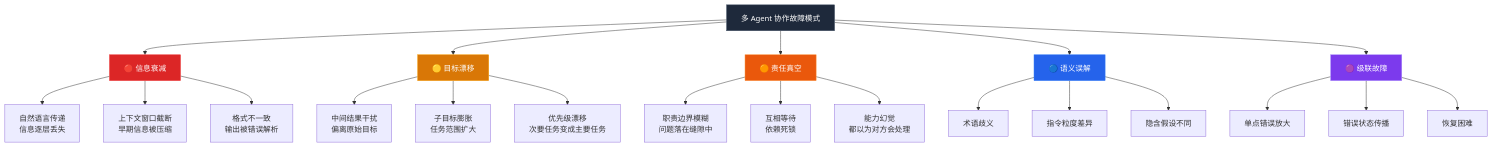
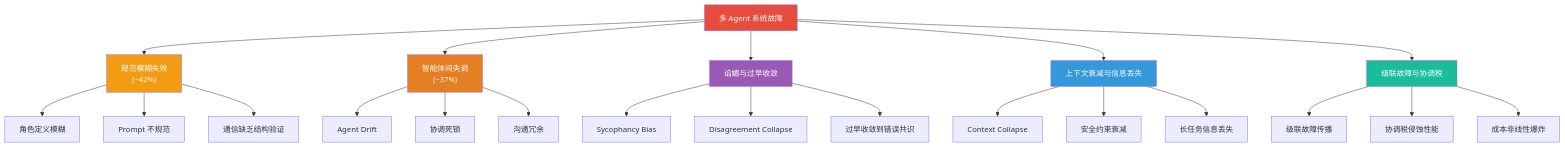
The first of 2 diagrams in reports/multi-agent-failure-modes.md (wqwz111/Tech-Researcher), drawn with Mermaid before and after one commit. The commit also changed other lines of this file and 4 other files, not shown here.

First line of the commit message:
📊 Report v2: Agent 权限模型 + 多Agent 协作故障模式

````diff
--- a/reports/multi-agent-failure-modes.md
+++ b/reports/multi-agent-failure-modes.md
@@ -22,37 +131,35 @@
 ```mermaid
 graph TD
-    ROOT["多 Agent 协作故障模式"]
-    
-    ROOT --> A["🔴 信息衰减"]
-    ROOT --> B["🟡 目标漂移"]
-    ROOT --> C["🟠 责任真空"]
-    ROOT --> D["🔵 语义误解"]
-    ROOT --> E["🟣 级联故障"]
-    
-    A --> A1["自然语言传递<br/>信息逐层丢失"]
-    A --> A2["上下文窗口截断<br/>早期信息被压缩"]
-    A --> A3["格式不一致<br/>输出被错误解析"]
-    
-    B --> B1["中间结果干扰<br/>偏离原始目标"]
-    B --> B2["子目标膨胀<br/>任务范围扩大"]
-    B --> B3["优先级漂移<br/>次要任务变成主要任务"]
-    
-    C --> C1["职责边界模糊<br/>问题落在缝隙中"]
-    C --> C2["互相等待<br/>依赖死锁"]
-    C --> C3["能力幻觉<br/>都以为对方会处理"]
-    
-    D --> D1["术语歧义"]
-    D --> D2["指令粒度差异"]
-    D --> D3["隐含假设不同"]
-    
-    E --> E1["单点错误放大"]
-    E --> E2["错误状态传播"]
-    E --> E3["恢复困难"]
-    
-    style ROOT fill:#1e293b,stroke:#475569,color:#fff
-    style A fill:#dc2626,stroke:#ef4444,color:#fff
-    style B fill:#d97706,stroke:#f59e0b,color:#fff
-    style C fill:#ea580c,stroke:#fb923c,color:#fff
-    style D fill:#2563eb,stroke:#3b82f6,color:#fff
-    style E fill:#7c3aed,stroke:#a78bfa,color:#fff
+    A["多 Agent 系统故障"] --> B["规范模糊失效<br/>(~42%)"]
+    A --> C["智能体间失调<br/>(~37%)"]
+    A --> D["谄媚与过早收敛"]
+    A --> E["上下文衰减与信息丢失"]
+    A --> F["级联故障与协调税"]
+
+    B --> B1["角色定义模糊"]
+    B --> B2["Prompt 不规范"]
+    B --> B3["通信缺乏结构验证"]
+
+    C --> C1["Agent Drift"]
+    C --> C2["协调死锁"]
+    C --> C3["沟通冗余"]
+
+    D --> D1["Sycophancy Bias"]
+    D --> D2["Disagreement Collapse"]
+    D --> D3["过早收敛到错误共识"]
+
+    E --> E1["Context Collapse"]
+    E --> E2["安全约束衰减"]
+    E --> E3["长任务信息丢失"]
+
+    F --> F1["级联故障传播"]
+    F --> F2["协调税侵蚀性能"]
+    F --> F3["成本非线性爆炸"]
+
+    style A fill:#e74c3c,color:#fff
+    style B fill:#f39c12,color:#fff
+    style C fill:#e67e22,color:#fff
+    style D fill:#9b59b6,color:#fff
+    style E fill:#3498db,color:#fff
+    style F fill:#1abc9c,color:#fff
 ```
````
